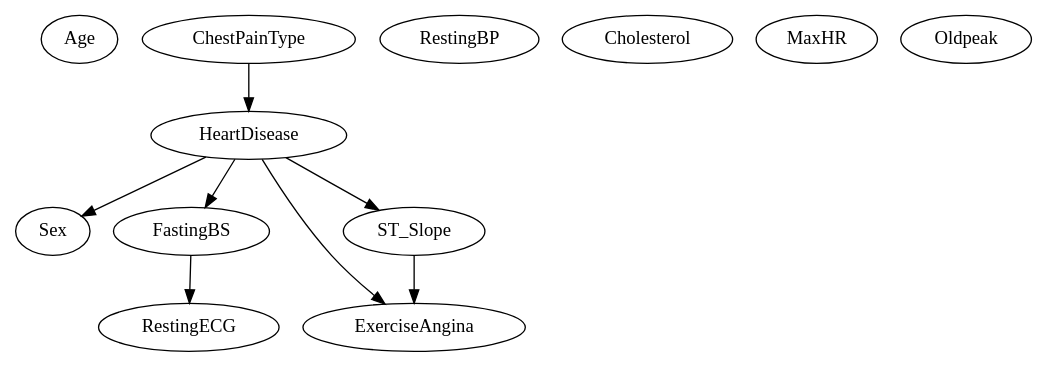
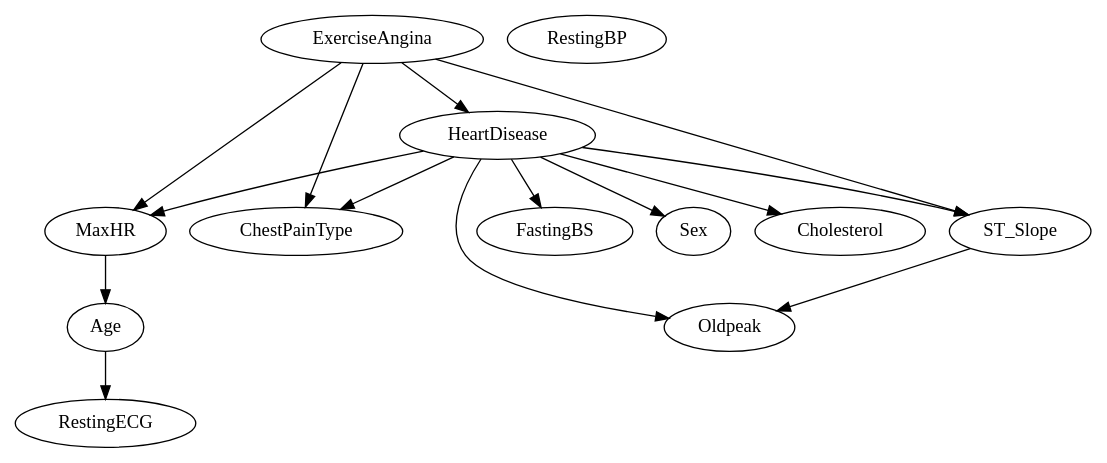
Before and after one commit to SagarParekh97/Decision-Making-under-Uncertainty: the diagram in P1/Digraph.gv, drawn with Graphviz. The commit also changed 7 other files, not shown here.

```diff
--- a/P1/Digraph.gv
+++ b/P1/Digraph.gv
@@ -1,22 +1,29 @@
 // BN learned from data using Hill Climb Search
 digraph {
 	Age
 	Sex
 	ChestPainType
 	RestingBP
 	Cholesterol
 	FastingBS
 	RestingECG
 	MaxHR
 	ExerciseAngina
 	Oldpeak
 	ST_Slope
 	HeartDisease
-	ChestPainType -> HeartDisease
-	FastingBS -> RestingECG
-	ST_Slope -> ExerciseAngina
+	Age -> RestingECG
+	MaxHR -> Age
+	ExerciseAngina -> HeartDisease
+	ExerciseAngina -> ST_Slope
+	ExerciseAngina -> MaxHR
+	ExerciseAngina -> ChestPainType
+	ST_Slope -> Oldpeak
 	HeartDisease -> ST_Slope
-	HeartDisease -> ExerciseAngina
+	HeartDisease -> ChestPainType
+	HeartDisease -> MaxHR
 	HeartDisease -> Sex
 	HeartDisease -> FastingBS
+	HeartDisease -> Cholesterol
+	HeartDisease -> Oldpeak
 }
```
